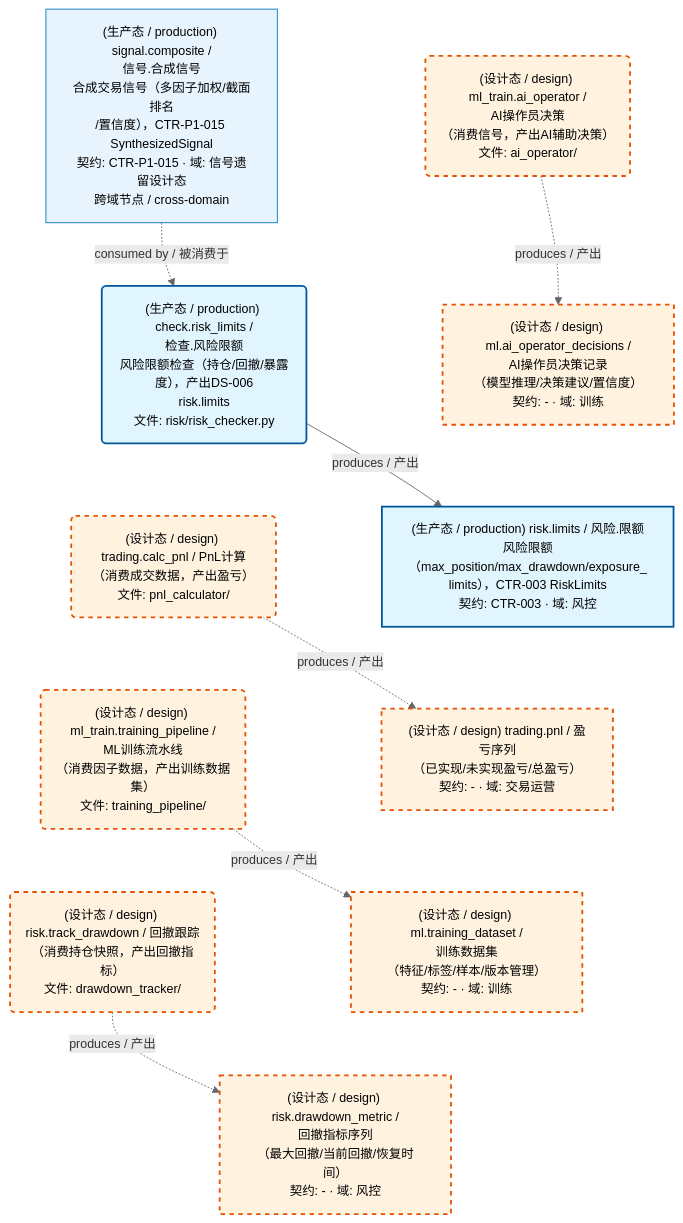
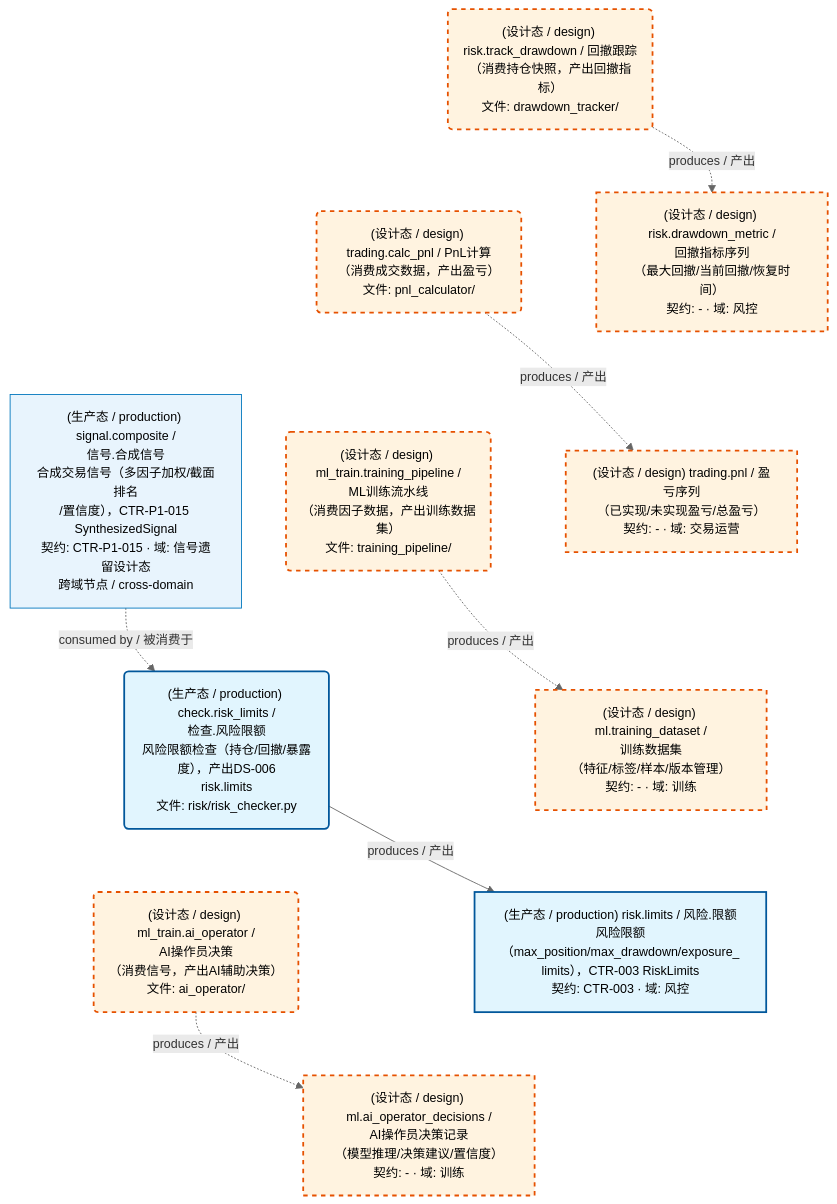
One commit to xuanFelixVan/ZephyrAlpha changed the first of 3 diagrams in docs/02_enterprise_architecture/05_dataflow_architecture/d_others.md. Above: the diagram before and after it, drawn with Mermaid. The commit also changed other lines of this file and 190 other files, not shown here.

````diff
--- a/docs/02_enterprise_architecture/05_dataflow_architecture/d_others.md
+++ b/docs/02_enterprise_architecture/05_dataflow_architecture/d_others.md
@@ -50,36 +50,36 @@
 ```mermaid
 %%{init: {'theme': 'base', 'themeVariables': {'primaryColor': '#eaeaea', 'primaryTextColor': '#333333', 'primaryBorderColor': '#666666', 'lineColor': '#666666', 'secondaryColor': '#eaeaea', 'tertiaryColor': '#eaeaea', 'clusterBkg': 'transparent', 'clusterBorder': 'transparent', 'fontSize': '14px'}}}%%
 flowchart TD
     DS11271["(设计态 / design) ml.ai_operator_decisions /<br/>AI操作员决策记录<br/>（模型推理/决策建议/置信度）<br/>契约: - · 域: 训练"]
     DS11272["(设计态 / design) ml.training_dataset /<br/>训练数据集<br/>（特征/标签/样本/版本管理）<br/>契约: - · 域: 训练"]
     DS11273["(设计态 / design) risk.drawdown_metric /<br/>回撤指标序列<br/>（最大回撤/当前回撤/恢复时间）<br/>契约: - · 域: 风控"]
-    DS26328["(生产态 / production) risk.limits / 风险.限额<br/>风险限额（max_position/max_drawdown/exposure_<br/>limits），CTR-003 RiskLimits<br/>契约: CTR-003 · 域: 风控"]
+    DS26860["(生产态 / production) risk.limits / 风险.限额<br/>风险限额（max_position/max_drawdown/exposure_<br/>limits），CTR-003 RiskLimits<br/>契约: CTR-003 · 域: 风控"]
     DS11274["(设计态 / design) trading.pnl / 盈亏序列<br/>（已实现/未实现盈亏/总盈亏）<br/>契约: - · 域: 交易运营"]
-    JOB1064880("(生产态 / production) check.risk_limits /<br/>检查.风险限额<br/>风险限额检查（持仓/回撤/暴露度），产出DS-006<br/>risk.limits<br/>文件: risk/risk_checker.py")
+    JOB1071726("(生产态 / production) check.risk_limits /<br/>检查.风险限额<br/>风险限额检查（持仓/回撤/暴露度），产出DS-006<br/>risk.limits<br/>文件: risk/risk_checker.py")
     JOB757635("(设计态 / design) ml_train.ai_operator /<br/>AI操作员决策<br/>（消费信号，产出AI辅助决策）<br/>文件: ai_operator/")
     JOB757636("(设计态 / design) ml_train.training_pipeline /<br/>ML训练流水线<br/>（消费因子数据，产出训练数据集）<br/>文件: training_pipeline/")
     JOB757637("(设计态 / design) risk.track_drawdown / 回撤跟踪<br/>（消费持仓快照，产出回撤指标）<br/>文件: drawdown_tracker/")
     JOB757638("(设计态 / design) trading.calc_pnl / PnL计算<br/>（消费成交数据，产出盈亏）<br/>文件: pnl_calculator/")
-    DS26327["(生产态 / production) signal.composite /<br/>信号.合成信号<br/>合成交易信号（多因子加权/截面排名<br/>/置信度），CTR-P1-015 SynthesizedSignal<br/>契约: CTR-P1-015 · 域: 信号遗留设计态<br/>跨域节点 / cross-domain"]
+    DS26859["(生产态 / production) signal.composite /<br/>信号.合成信号<br/>合成交易信号（多因子加权/截面排名<br/>/置信度），CTR-P1-015 SynthesizedSignal<br/>契约: CTR-P1-015 · 域: 信号遗留设计态<br/>跨域节点 / cross-domain"]
+    JOB1071726 -->|produces / 产出| DS26860
     JOB757635 -.->|produces / 产出| DS11271
     JOB757636 -.->|produces / 产出| DS11272
     JOB757637 -.->|produces / 产出| DS11273
+    DS26859 -.->|consumed by / 被消费于| JOB1071726
     JOB757638 -.->|produces / 产出| DS11274
-    JOB1064880 -->|produces / 产出| DS26328
-    DS26327 -.->|consumed by / 被消费于| JOB1064880
-    JOB757635 ~~~ JOB1064880
-    JOB1064880 ~~~ JOB757638
+    JOB757637 ~~~ JOB757638
     JOB757638 ~~~ JOB757636
-    JOB757636 ~~~ JOB757637
-    DS11271 ~~~ DS26328
-    DS26328 ~~~ DS11274
+    JOB757636 ~~~ JOB1071726
+    JOB1071726 ~~~ JOB757635
+    DS11273 ~~~ DS11274
     DS11274 ~~~ DS11272
-    DS11272 ~~~ DS11273
+    DS11272 ~~~ DS26860
+    DS26860 ~~~ DS11271
     classDef production fill:#e1f5fe,stroke:#01579b,stroke-width:2px,color:#000
     classDef design fill:#fff3e0,stroke:#e65100,stroke-width:2px,color:#000,stroke-dasharray: 5 5
     classDef external_prod fill:#e8f4fd,stroke:#0277bd,stroke-width:1px,color:#000
     classDef external_design fill:#fff8e7,stroke:#ef6c00,stroke-width:1px,color:#000,stroke-dasharray: 5 5
-    class DS26328,JOB1064880 production
+    class DS26860,JOB1071726 production
     class DS11271,DS11272,DS11273,DS11274,JOB757635,JOB757636,JOB757637,JOB757638 design
-    class DS26327 external_prod
+    class DS26859 external_prod
 ```
````
